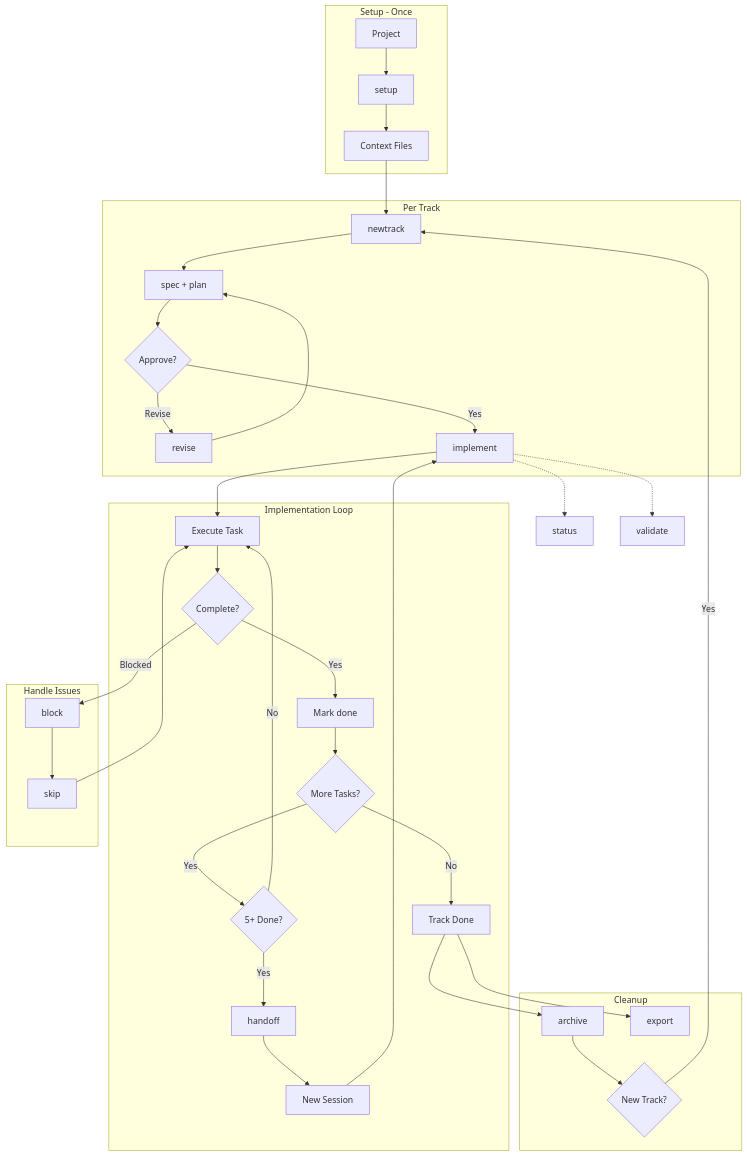
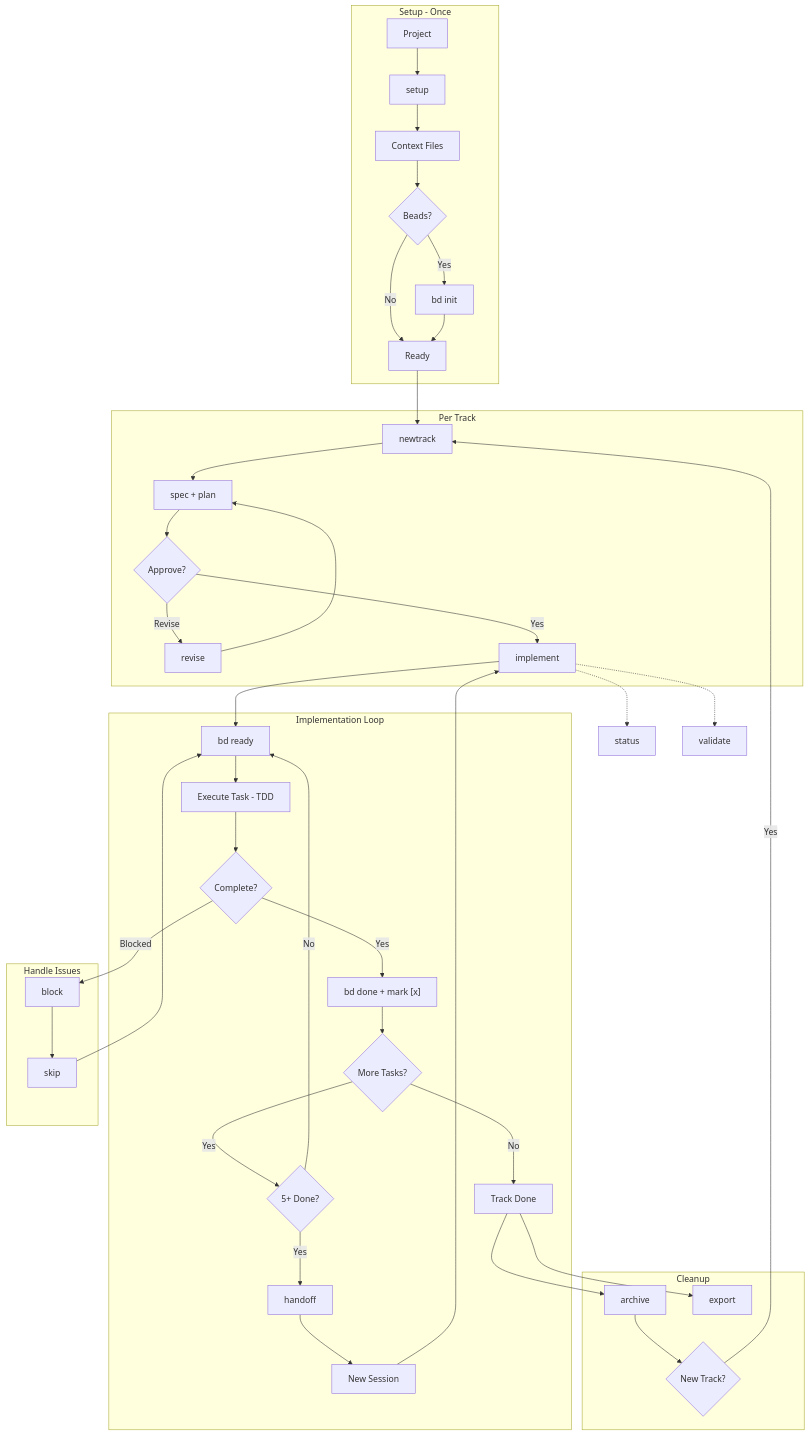
The diagram in docs/manual-workflow-guide.md (NilusvanEdel/Conductor-Beads-Copilot), drawn with Mermaid before and after one commit. The commit also changed other lines of this file and 3 other files, not shown here.

````diff
--- a/docs/manual-workflow-guide.md
+++ b/docs/manual-workflow-guide.md
@@ -7,45 +7,50 @@
 ```mermaid
 flowchart TD
     subgraph SETUP[Setup - Once]
         A[Project] --> B["setup"]
         B --> C[Context Files]
+        C --> D{"Beads?"}
+        D -->|Yes| E["bd init"]
+        D -->|No| F[Ready]
+        E --> F
     end
 
     subgraph TRACK[Per Track]
-        C --> D["newtrack"]
-        D --> E[spec + plan]
-        E --> F{Approve?}
-        F -->|Revise| G["revise"]
-        G --> E
-        F -->|Yes| H["implement"]
+        F --> G["newtrack"]
+        G --> H[spec + plan]
+        H --> I{Approve?}
+        I -->|Revise| J["revise"]
+        J --> H
+        I -->|Yes| K["implement"]
     end
 
     subgraph IMPL[Implementation Loop]
-        H --> I[Execute Task]
-        I --> J{Complete?}
-        J -->|Yes| K[Mark done]
-        K --> L{More Tasks?}
-        L -->|Yes| M{5+ Done?}
-        M -->|Yes| N["handoff"]
-        N --> O[New Session]
-        O --> H
-        M -->|No| I
-        L -->|No| P[Track Done]
+        K --> L["bd ready"]
+        L --> M[Execute Task - TDD]
+        M --> N{Complete?}
+        N -->|Yes| O["bd done + mark [x]"]
+        O --> P{More Tasks?}
+        P -->|Yes| Q{5+ Done?}
+        Q -->|Yes| R["handoff"]
+        R --> S[New Session]
+        S --> K
+        Q -->|No| L
+        P -->|No| T[Track Done]
     end
 
     subgraph ISSUES[Handle Issues]
-        J -->|Blocked| Q["block"]
-        Q --> R["skip"]
-        R --> I
+        N -->|Blocked| U["block"]
+        U --> V["skip"]
+        V --> L
     end
 
     subgraph DONE[Cleanup]
-        P --> S["archive"]
-        P --> T["export"]
-        S --> U{New Track?}
-        U -->|Yes| D
+        T --> W["archive"]
+        T --> X["export"]
+        W --> Y{New Track?}
+        Y -->|Yes| G
     end
 
-    H -.-> V["status"]
-    H -.-> W["validate"]
+    K -.-> Z["status"]
+    K -.-> AA["validate"]
 ```
````
